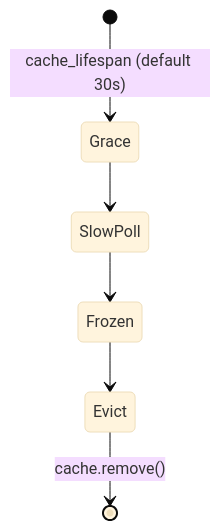
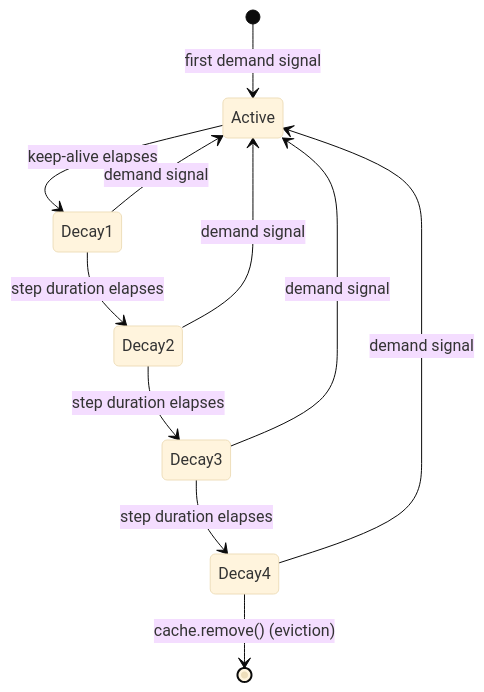
The second of 2 diagrams in website/docs/internals/architecture.md (NavistAu/beachcomber), drawn with Mermaid (base theme) before and after one commit. The commit also changed other lines of this file and 6 other files, not shown here.

First line of the commit message:
docs: cache decay rebuild — architecture, provider-development, changelog

````diff
--- a/website/docs/internals/architecture.md
+++ b/website/docs/internals/architecture.md
@@ -194,8 +195,13 @@
 ```mermaid
 stateDiagram-v2
-    [*] --> Grace : cache_lifespan (default 30s)
-    Grace --> SlowPoll
-    SlowPoll --> Frozen
-    Frozen --> Evict
-    Evict --> [*] : cache.remove()
+    [*] --> Active : first demand signal
+    Active --> Decay1 : keep-alive elapses
+    Decay1 --> Decay2 : step duration elapses
+    Decay2 --> Decay3 : step duration elapses
+    Decay3 --> Decay4 : step duration elapses
+    Decay4 --> [*] : cache.remove() (eviction)
+    Decay1 --> Active : demand signal
+    Decay2 --> Active : demand signal
+    Decay3 --> Active : demand signal
+    Decay4 --> Active : demand signal
 ```
````
